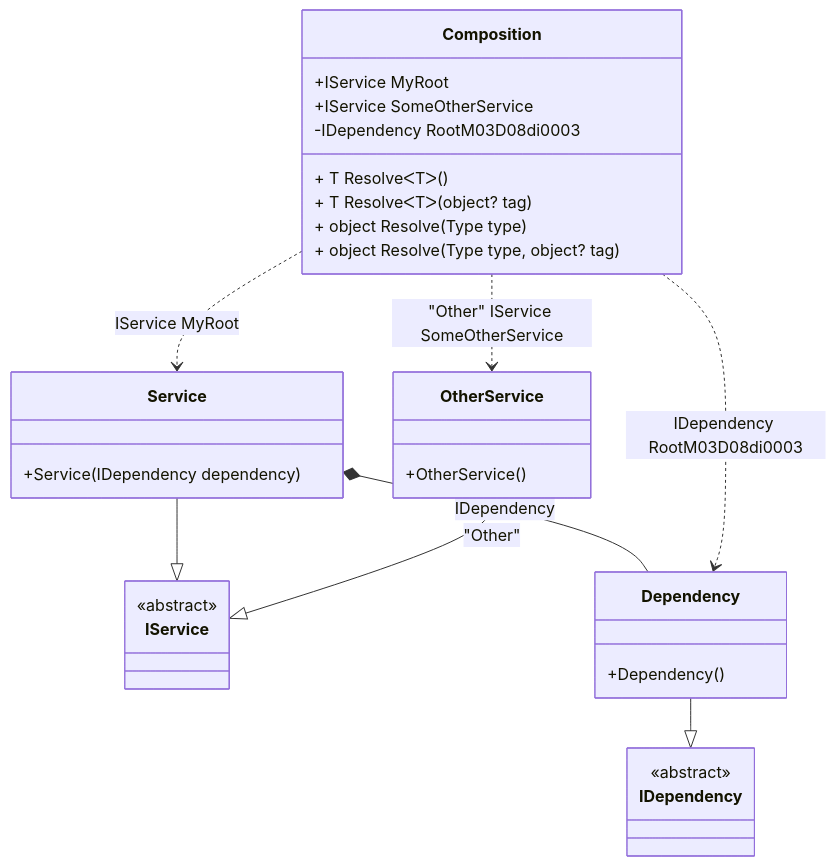
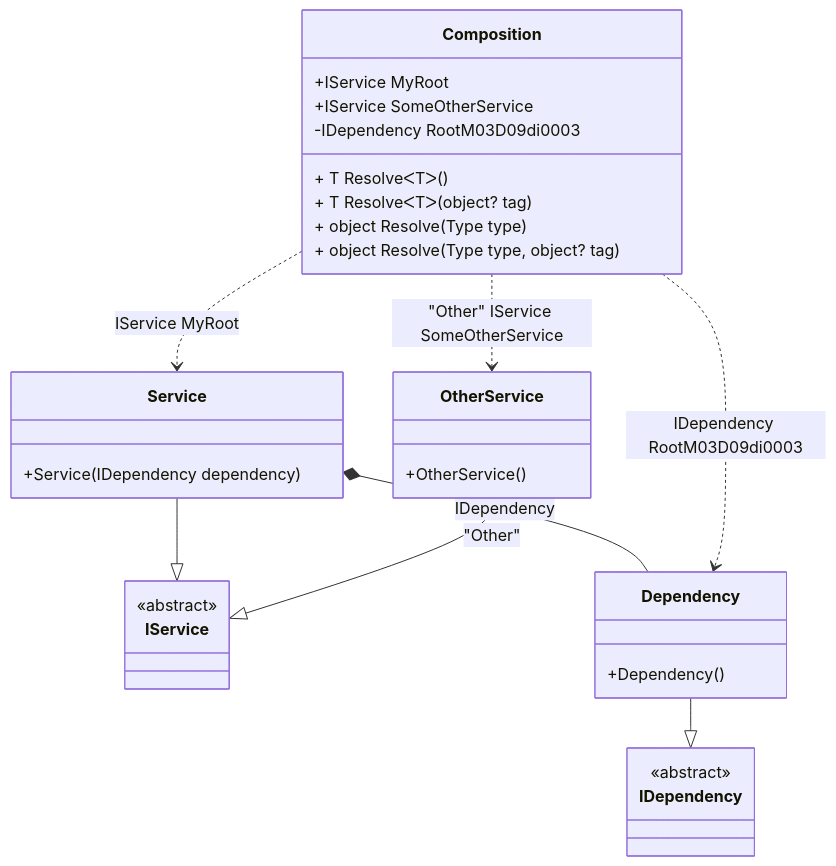
Before and after one commit to DevTeam/Pure.DI: the diagram in readme/composition-roots.md, drawn with Mermaid. The commit also changed other lines of this file and 73 other files, not shown here.

````diff
--- a/readme/composition-roots.md
+++ b/readme/composition-roots.md
@@ -66,34 +66,34 @@
 ```mermaid
 classDiagram
   class Composition {
     +IService MyRoot
     +IService SomeOtherService
-    -IDependency RootM03D08di0003
+    -IDependency RootM03D09di0003
     + T ResolveᐸTᐳ()
     + T ResolveᐸTᐳ(object? tag)
     + object Resolve(Type type)
     + object Resolve(Type type, object? tag)
   }
   Service --|> IService : 
   class Service {
     +Service(IDependency dependency)
   }
   OtherService --|> IService : "Other" 
   class OtherService {
     +OtherService()
   }
   Dependency --|> IDependency : 
   class Dependency {
     +Dependency()
   }
   class IService {
     <<abstract>>
   }
   class IDependency {
     <<abstract>>
   }
   Service *--  Dependency : IDependency
   Composition ..> Service : IService MyRoot
   Composition ..> OtherService : "Other" IService SomeOtherService
-  Composition ..> Dependency : IDependency RootM03D08di0003
+  Composition ..> Dependency : IDependency RootM03D09di0003
 ```
````
